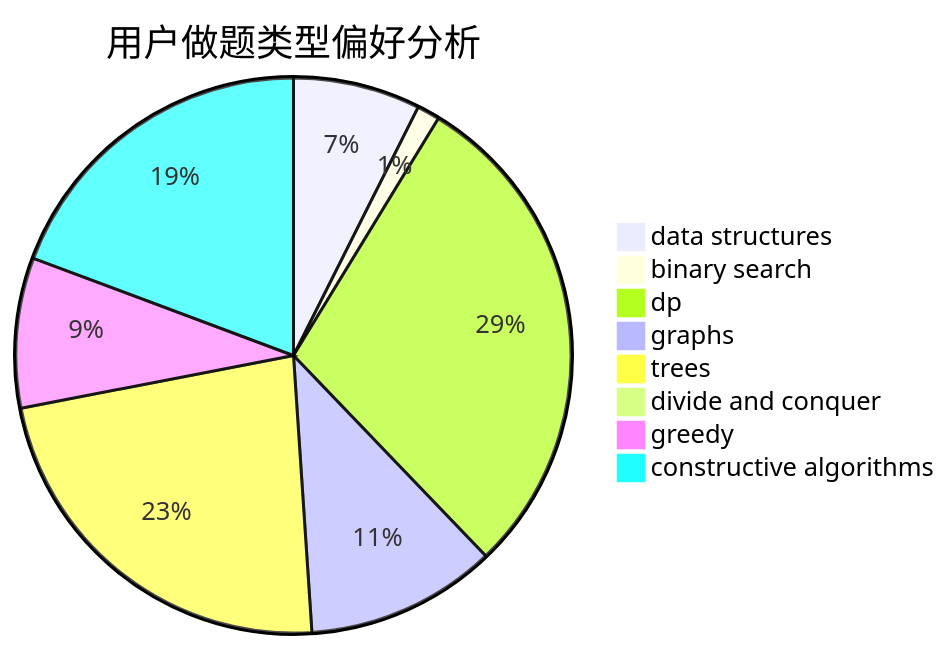
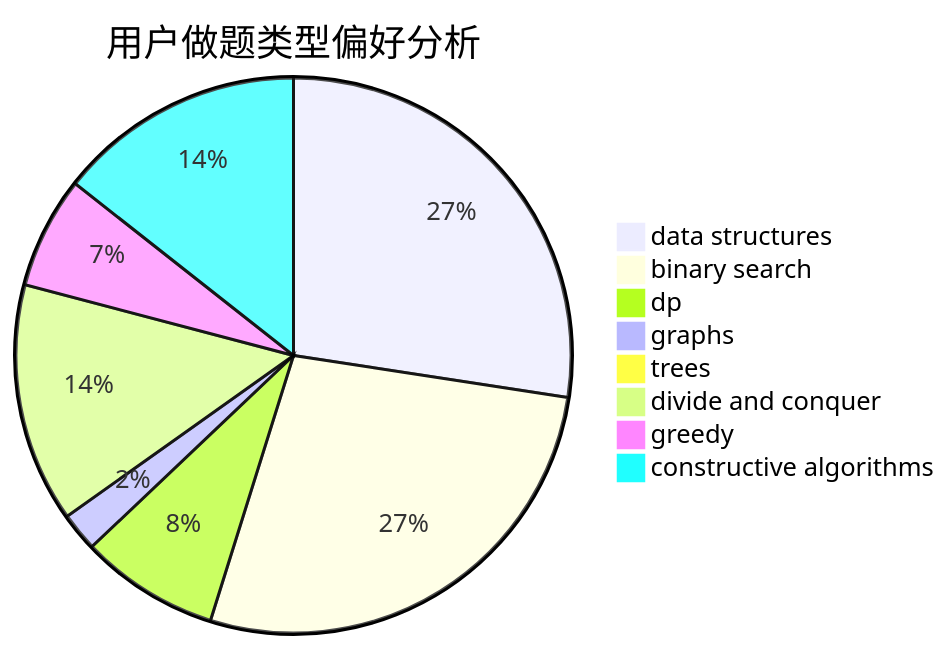
One commit to sherpahu/cfrs.github.io changed the second of 3 diagrams in docs/user/u1837.md. Above: the diagram before and after it, drawn with Mermaid. The commit also changed other lines of this file and 2770 other files, not shown here.

````diff
--- a/docs/user/u1837.md
+++ b/docs/user/u1837.md
@@ -23,11 +23,11 @@
 ```mermaid
 pie title 用户做题类型偏好分析
-    "data structures" :  28
-    "binary search" :  5
-    "dp" :  110
-    "graphs" :  42
-    "trees" :  87
-    "divide and conquer" :  0
-    "greedy" :  33
-    "constructive algorithms" :  73
+    "data structures" :  122
+    "binary search" :  122
+    "dp" :  36
+    "graphs" :  10
+    "trees" :  0
+    "divide and conquer" :  62
+    "greedy" :  29
+    "constructive algorithms" :  64
 ```
````
